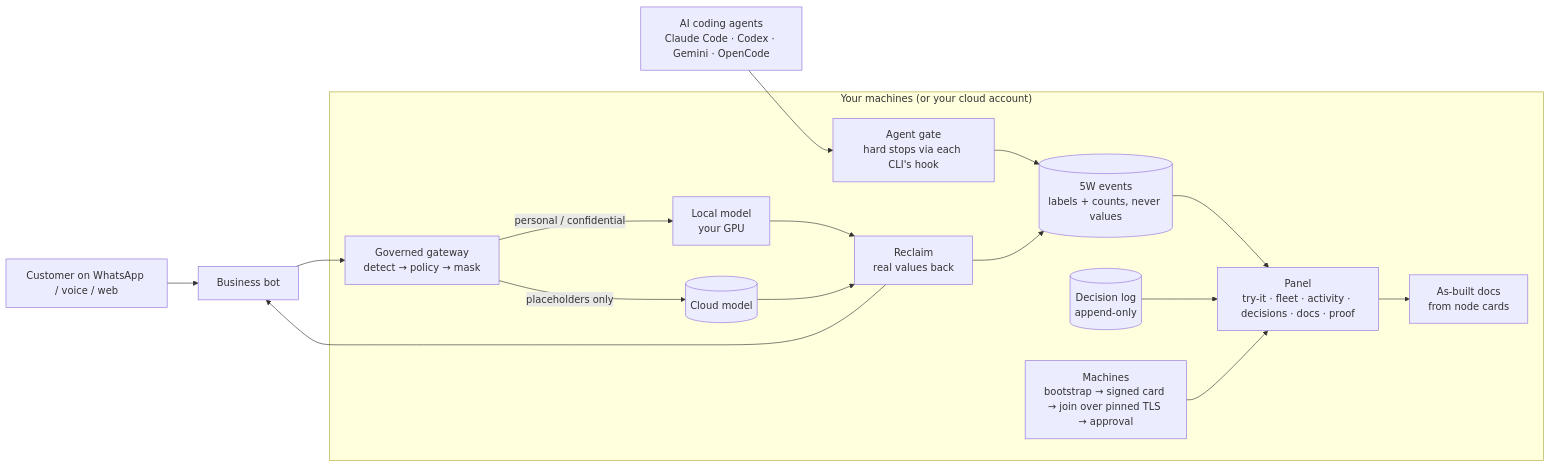
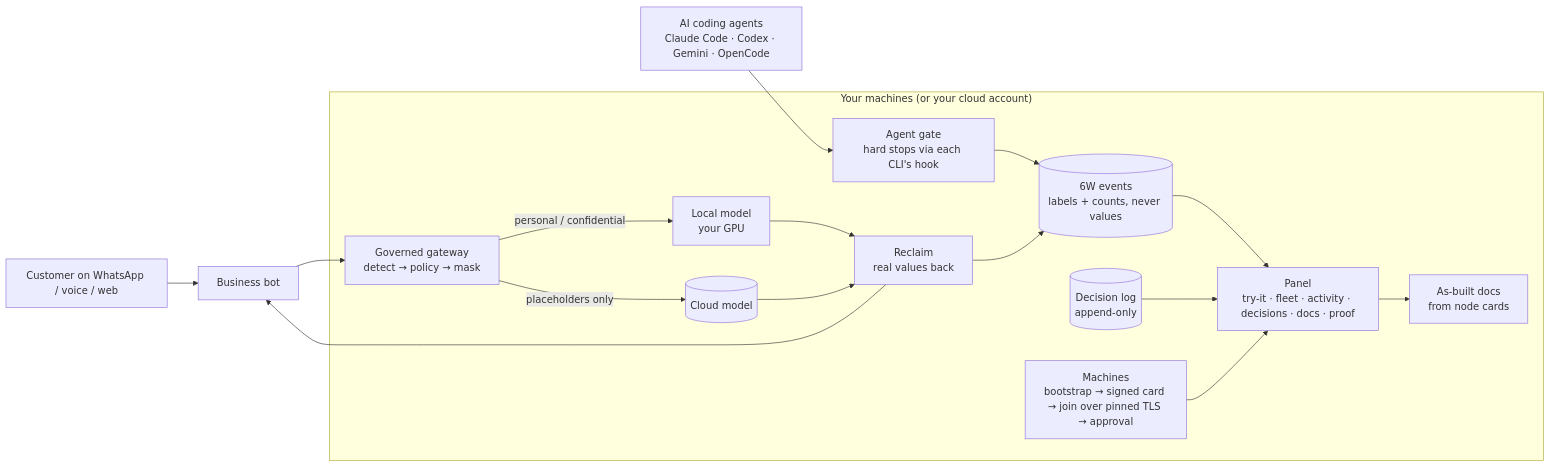
One commit to vigyanbytes/niyantrak changed the first of 3 diagrams in docs/ARCHITECTURE.md. Above: the diagram before and after it, drawn with Mermaid. The commit also changed other lines of this file and 98 other files, not shown here.

````diff
--- a/docs/ARCHITECTURE.md
+++ b/docs/ARCHITECTURE.md
@@ -8,20 +9,20 @@
 ```mermaid
 flowchart LR
   C[Customer on WhatsApp / voice / web] --> B[Business bot]
   A[AI coding agents<br/>Claude Code · Codex · Gemini · OpenCode] --> GATE[Agent gate<br/>hard stops via each CLI's hook]
   B --> GW
   subgraph Premises["Your machines (or your cloud account)"]
     GW[Governed gateway<br/>detect → policy → mask] -->|personal / confidential| LOCAL[Local model<br/>your GPU]
     GW -->|placeholders only| CLOUD[(Cloud model)]
     LOCAL --> RC[Reclaim<br/>real values back]
     CLOUD --> RC
-    GATE --> EV5[(5W events<br/>labels + counts, never values)]
-    RC --> EV5
-    EV5 --> PANEL
+    GATE --> EV6[(6W events<br/>labels + counts, never values)]
+    RC --> EV6
+    EV6 --> PANEL
     DEC[(Decision log<br/>append-only)] --> PANEL
     PANEL[Panel<br/>try-it · fleet · activity · decisions · docs · proof]
     NODES[Machines<br/>bootstrap → signed card → join over pinned TLS → approval] --> PANEL
     PANEL --> DOCS[As-built docs<br/>from node cards]
   end
   RC --> B
 ```
````
